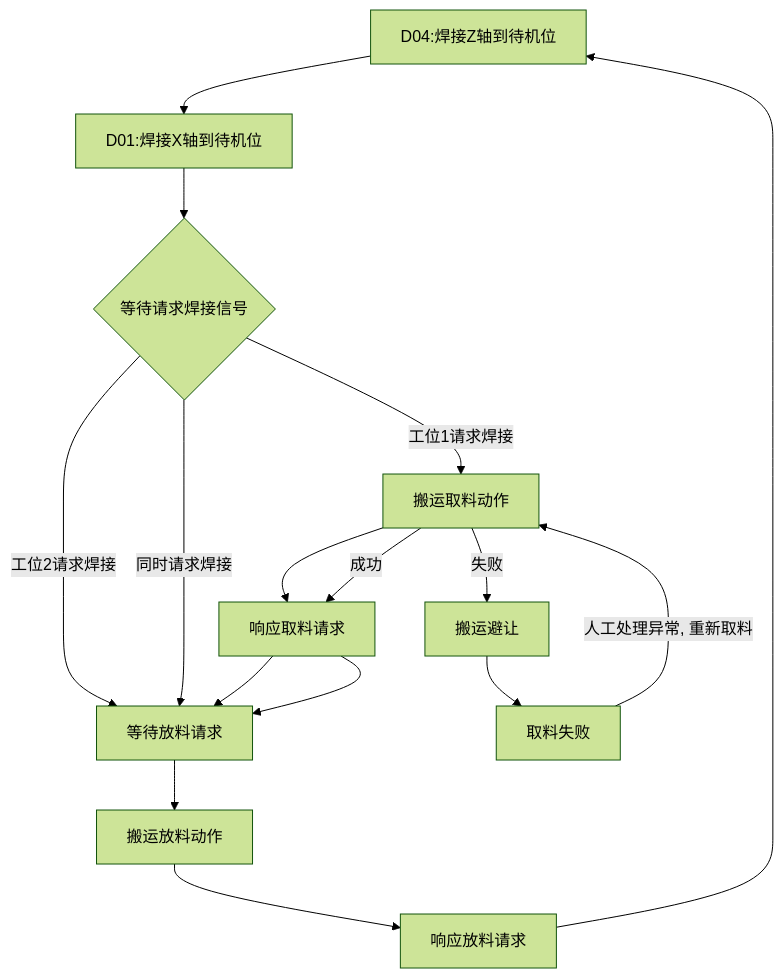
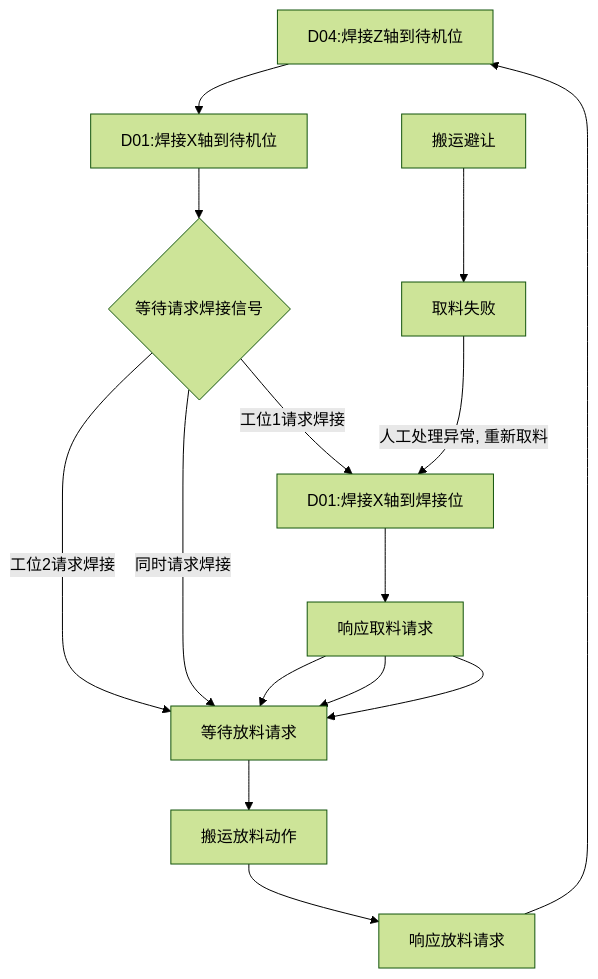
The diagram in all/OP10焊接工位自动流程.md (PengKun1/iodraw-files), drawn with Mermaid (forest theme) before and after one commit.

Commit message:
2024-08-06 16:56:41 update

````diff
--- a/all/OP10焊接工位自动流程.md
+++ b/all/OP10焊接工位自动流程.md
@@ -1,21 +1,20 @@
 ```mermaid
 graph TD
 10[D04:焊接Z轴到待机位]-->20
 20[D01:焊接X轴到待机位]-->30
 30{等待请求焊接信号}-->|工位1请求焊接|40
 30-->|工位2请求焊接|60
 30-->|同时请求焊接|60
 40[D01:焊接X轴到焊接位]-->50
 50[D04:焊接Z轴到焊接位]-->60
+50[响应取料请求]-->60
 
-40[搬运取料动作]-->|成功|50
-40-->|失败|90
 50[响应取料请求]-->60
 60[等待放料请求]-->70
 70[搬运放料动作]-->80
 80[响应放料请求]-->10
 
 90[搬运避让]-->900
 
 900[取料失败]-->|人工处理异常, 重新取料|40
 ```
````
